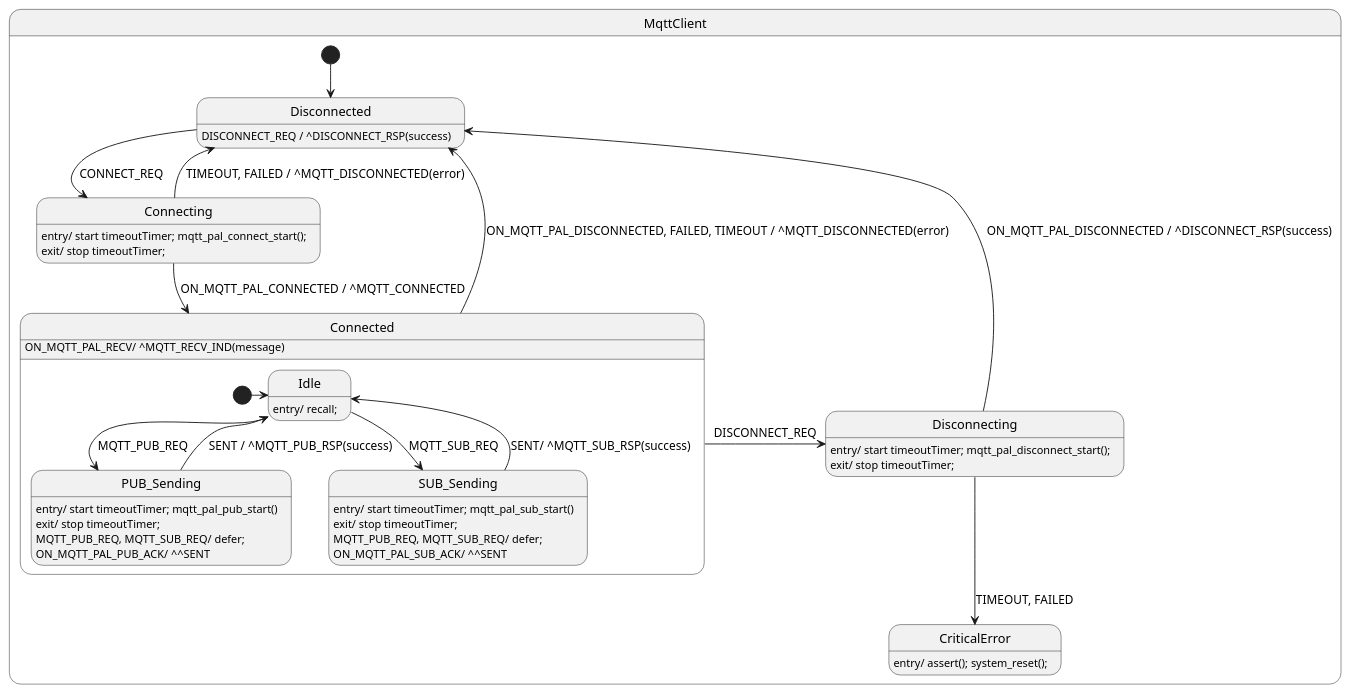
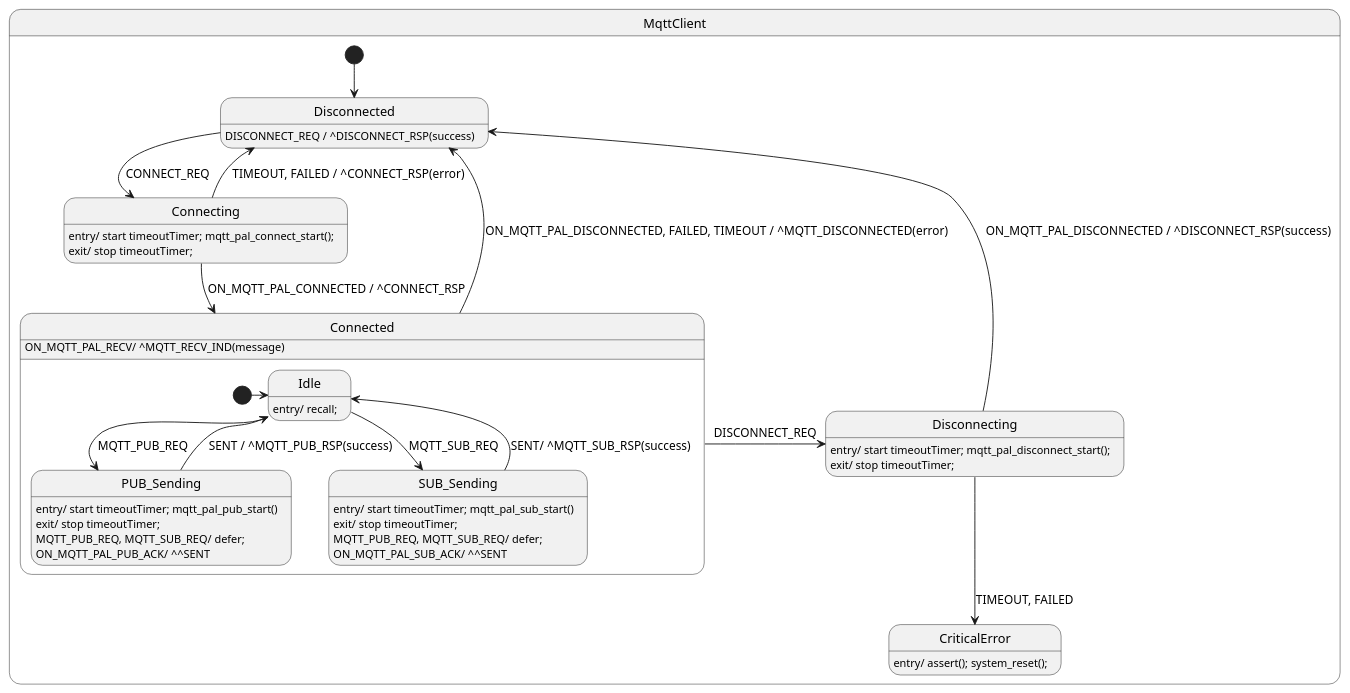
One commit to vaavva/azure-sdk-for-c-hfsm changed the diagram in sdk/docs/iot/resources/iot_hsm_mqtt.puml. Above: the diagram before and after it, drawn with PlantUML. The commit also changed 1 other file, not shown here.

```diff
--- a/sdk/docs/iot/resources/iot_hsm_mqtt.puml
+++ b/sdk/docs/iot/resources/iot_hsm_mqtt.puml
@@ -1,57 +1,59 @@
 @startuml
 
 state MqttClient {
 
     state Disconnected
     [*] --> Disconnected
     Disconnected : DISCONNECT_REQ / ^DISCONNECT_RSP(success)
 
     state Connecting
     Connecting : entry/ start timeoutTimer; mqtt_pal_connect_start();
     Connecting : exit/ stop timeoutTimer;
 
     state Disconnecting
     Disconnecting: entry/ start timeoutTimer; mqtt_pal_disconnect_start();
     Disconnecting: exit/ stop timeoutTimer;
 
     state CriticalError
     CriticalError: entry/ assert(); system_reset();
 
     Disconnected -> Connecting : CONNECT_REQ
-    Connecting --> Connected : ON_MQTT_PAL_CONNECTED / ^MQTT_CONNECTED
-    Connecting --> Disconnected : TIMEOUT, FAILED / ^MQTT_DISCONNECTED(error)
+    Connecting --> Connected : ON_MQTT_PAL_CONNECTED / ^CONNECT_RSP
+    Connecting --> Disconnected : TIMEOUT, FAILED / ^CONNECT_RSP(error)
     Disconnecting --> Disconnected : ON_MQTT_PAL_DISCONNECTED / ^DISCONNECT_RSP(success)
     Connected -> Disconnecting : DISCONNECT_REQ
     Connected --> Disconnected : ON_MQTT_PAL_DISCONNECTED, FAILED, TIMEOUT / ^MQTT_DISCONNECTED(error)
     Disconnecting --> CriticalError : TIMEOUT, FAILED
 
     ' Note: the following state machine definition does not support MQTT send pipeline 
     ' (i.e. sending PUB SUB without waiting for the respective ACKs).
     state Connected {
         Connected : ON_MQTT_PAL_RECV/ ^MQTT_RECV_IND(message)
 
         state Idle
         Idle : entry/ recall;
+
+'TODO: MQTT_PUB/SUB_RSP must be sent on error:
 
         state PUB_Sending
         PUB_Sending : entry/ start timeoutTimer; mqtt_pal_pub_start()
         PUB_Sending : exit/ stop timeoutTimer;
         PUB_Sending : MQTT_PUB_REQ, MQTT_SUB_REQ/ defer;
         PUB_Sending : ON_MQTT_PAL_PUB_ACK/ ^^SENT
 
         state SUB_Sending
         SUB_Sending : entry/ start timeoutTimer; mqtt_pal_sub_start()
         SUB_Sending : exit/ stop timeoutTimer;
         SUB_Sending : MQTT_PUB_REQ, MQTT_SUB_REQ/ defer;
         SUB_Sending : ON_MQTT_PAL_SUB_ACK/ ^^SENT
 
         [*] -> Idle
 
         Idle --> PUB_Sending : MQTT_PUB_REQ
         Idle --> SUB_Sending : MQTT_SUB_REQ
         PUB_Sending -> Idle : SENT / ^MQTT_PUB_RSP(success)
         SUB_Sending -> Idle : SENT/ ^MQTT_SUB_RSP(success)
     }
 }
 
 @enduml
```
